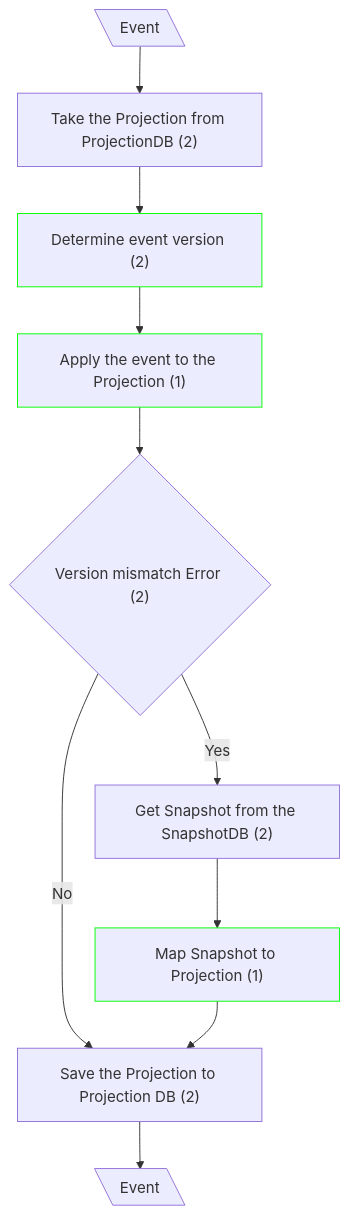
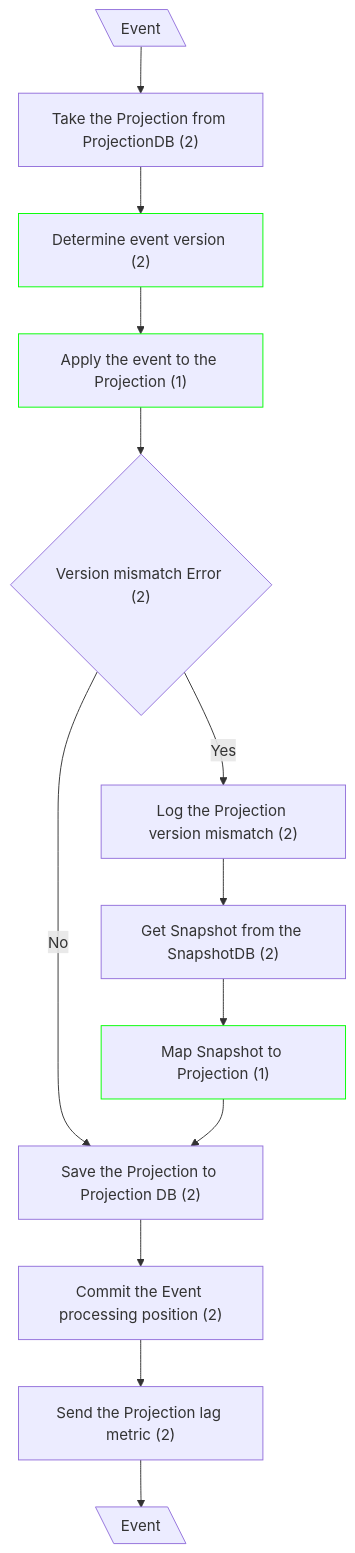
One commit to dmitryhruzin/CQRS-variations-test changed the third of 4 diagrams in docs/CF Complexity/eventual consistency.md. Above: the diagram before and after it, drawn with Mermaid. The commit also changed other lines of this file and 4 other files, not shown here.

Commit message:
docs: add infra calls to diagrams

````diff
--- a/docs/CF Complexity/eventual consistency.md
+++ b/docs/CF Complexity/eventual consistency.md
@@ -71,14 +79,17 @@
 ```mermaid
 flowchart TD
   classDef mod stroke:#0f0
   A@{ shape: lean-l, label: "Event" }
   A --> B["Take the Projection from ProjectionDB (2)"]
   B --> C["Determine event version (2)"]:::mod
   C --> D["Apply the event to the Projection (1)"]:::mod
   D --> E{"Version mismatch Error (2)"}
   E --"No"--> F["Save the Projection to Projection DB (2)"]
-  E --Yes--> H["Get Snapshot from the SnapshotDB (2)"]
+  E --Yes--> LG["Log the Projection version mismatch (2)"]
+  LG --> H["Get Snapshot from the SnapshotDB (2)"]
   H --> L["Map Snapshot to Projection (1)"]:::mod
   L --> F
-  F --> M@{ shape: lean-l, label: "Event" }
+  F --> CP["Commit the Event processing position (2)"]
+  CP --> MT["Send the Projection lag metric (2)"]
+  MT --> M@{ shape: lean-l, label: "Event" }
 ```
````
